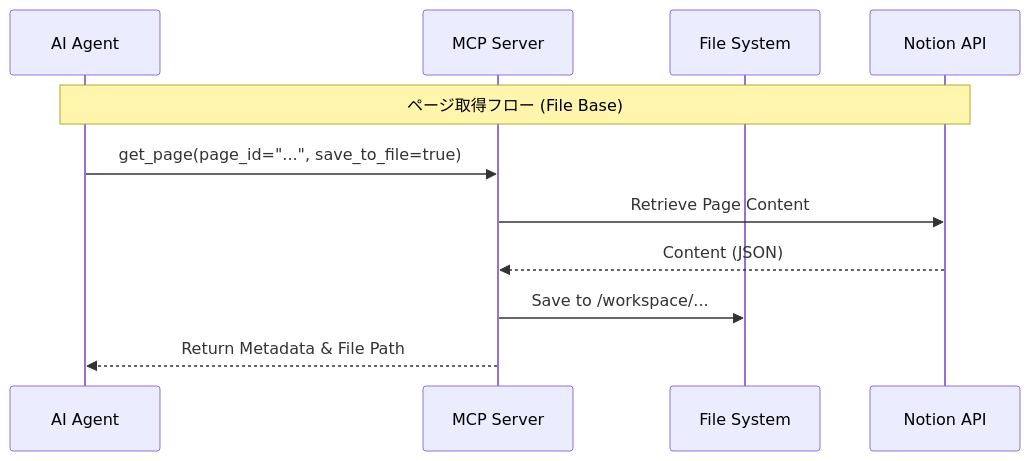
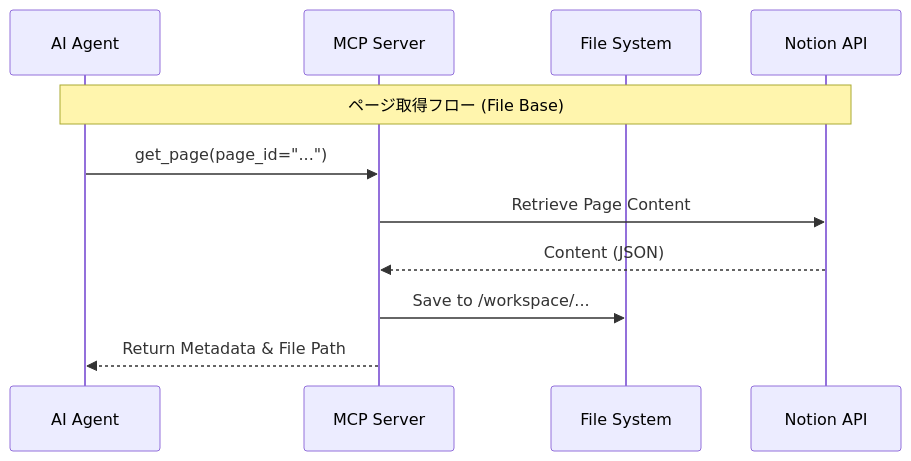
One commit to acckkiie/mcp-notion changed the diagram in documents/architecture-ja.md. Above: the diagram before and after it, drawn with Mermaid. The commit also changed other lines of this file and 27 other files, not shown here.

````diff
--- a/documents/architecture-ja.md
+++ b/documents/architecture-ja.md
@@ -38,14 +40,14 @@
 ```mermaid
 sequenceDiagram
     participant AI as AI Agent
     participant MCP as MCP Server
     participant FS as File System
     participant Notion as Notion API
 
     Note over AI,Notion: ページ取得フロー (File Base)
-    AI->>MCP: get_page(page_id="...", save_to_file=true)
+    AI->>MCP: get_page(page_id="...")
     MCP->>Notion: Retrieve Page Content
     Notion-->>MCP: Content (JSON)
     MCP->>FS: Save to /workspace/...
     MCP-->>AI: Return Metadata & File Path
 ```
````
